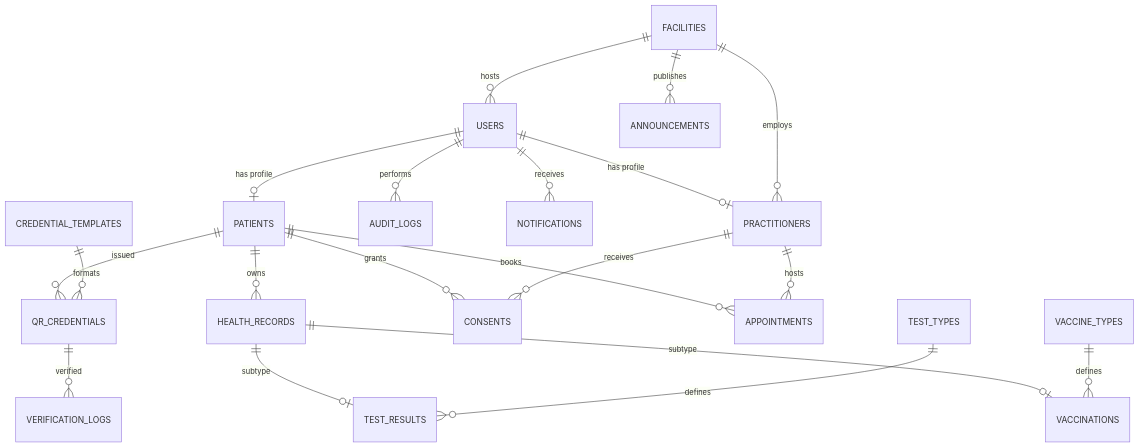
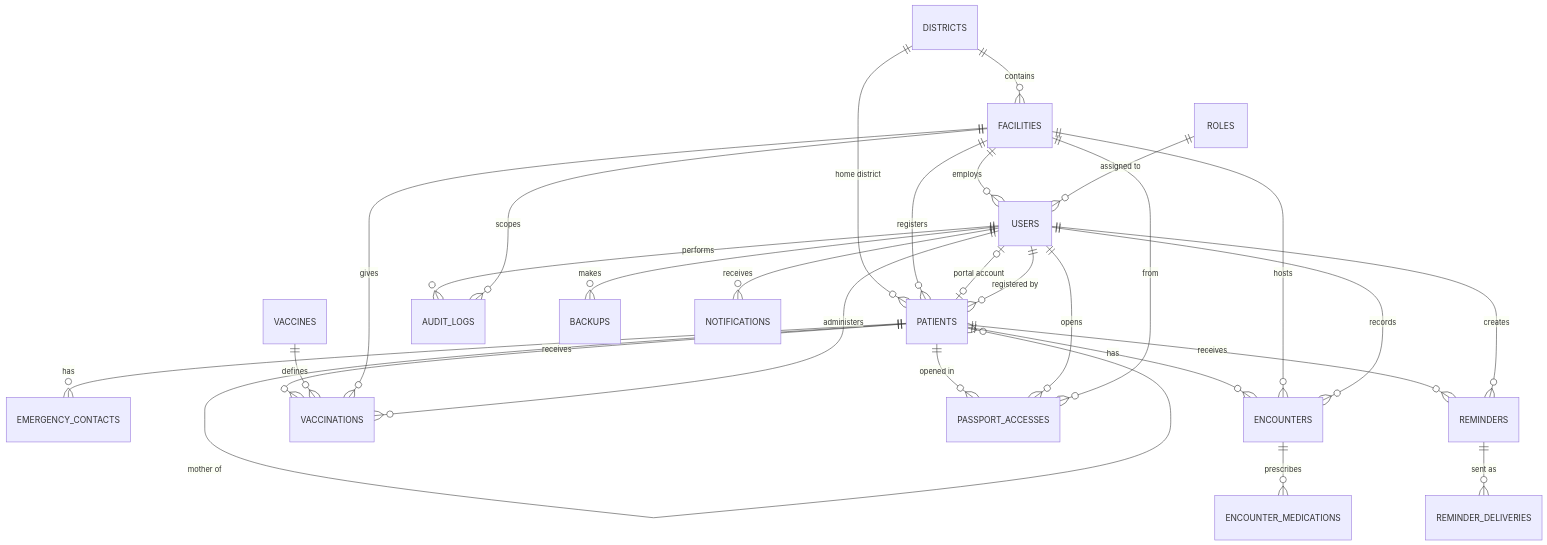
One commit to TONICphiri/digital_health_passport_system changed the first of 4 diagrams in docs/system-design.md. Above: the diagram before and after it, drawn with Mermaid. The commit also changed other lines of this file and 6 other files, not shown here.

````diff
--- a/docs/system-design.md
+++ b/docs/system-design.md
@@ -125,22 +171,30 @@
 ```mermaid
 erDiagram
-    USERS ||--o| PATIENTS : "has profile"
-    USERS ||--o| PRACTITIONERS : "has profile"
-    FACILITIES ||--o{ USERS : "hosts"
-    FACILITIES ||--o{ PRACTITIONERS : "employs"
-    PATIENTS ||--o{ HEALTH_RECORDS : "owns"
-    HEALTH_RECORDS ||--o| VACCINATIONS : "subtype"
-    HEALTH_RECORDS ||--o| TEST_RESULTS : "subtype"
-    PATIENTS ||--o{ QR_CREDENTIALS : "issued"
-    QR_CREDENTIALS ||--o{ VERIFICATION_LOGS : "verified"
-    PATIENTS ||--o{ CONSENTS : "grants"
-    PRACTITIONERS ||--o{ CONSENTS : "receives"
-    PATIENTS ||--o{ APPOINTMENTS : "books"
-    PRACTITIONERS ||--o{ APPOINTMENTS : "hosts"
+    DISTRICTS ||--o{ FACILITIES : "contains"
+    DISTRICTS ||--o{ PATIENTS : "home district"
+    FACILITIES ||--o{ USERS : "employs"
+    FACILITIES ||--o{ PATIENTS : "registers"
+    USERS |o--o| PATIENTS : "portal account"
+    USERS ||--o{ PATIENTS : "registered by"
+    PATIENTS ||--o{ PATIENTS : "mother of"
+    PATIENTS ||--o{ EMERGENCY_CONTACTS : "has"
+    PATIENTS ||--o{ ENCOUNTERS : "has"
+    FACILITIES ||--o{ ENCOUNTERS : "hosts"
+    USERS ||--o{ ENCOUNTERS : "records"
+    ENCOUNTERS ||--o{ ENCOUNTER_MEDICATIONS : "prescribes"
+    PATIENTS ||--o{ VACCINATIONS : "receives"
+    VACCINES ||--o{ VACCINATIONS : "defines"
+    FACILITIES ||--o{ VACCINATIONS : "gives"
+    USERS ||--o{ VACCINATIONS : "administers"
+    PATIENTS ||--o{ PASSPORT_ACCESSES : "opened in"
+    USERS ||--o{ PASSPORT_ACCESSES : "opens"
+    FACILITIES ||--o{ PASSPORT_ACCESSES : "from"
+    PATIENTS ||--o{ REMINDERS : "receives"
+    USERS ||--o{ REMINDERS : "creates"
+    REMINDERS ||--o{ REMINDER_DELIVERIES : "sent as"
     USERS ||--o{ AUDIT_LOGS : "performs"
+    FACILITIES ||--o{ AUDIT_LOGS : "scopes"
+    USERS ||--o{ BACKUPS : "makes"
     USERS ||--o{ NOTIFICATIONS : "receives"
-    VACCINE_TYPES ||--o{ VACCINATIONS : "defines"
-    TEST_TYPES ||--o{ TEST_RESULTS : "defines"
-    CREDENTIAL_TEMPLATES ||--o{ QR_CREDENTIALS : "formats"
-    FACILITIES ||--o{ ANNOUNCEMENTS : "publishes"
+    ROLES ||--o{ USERS : "assigned to"
 ```
````
